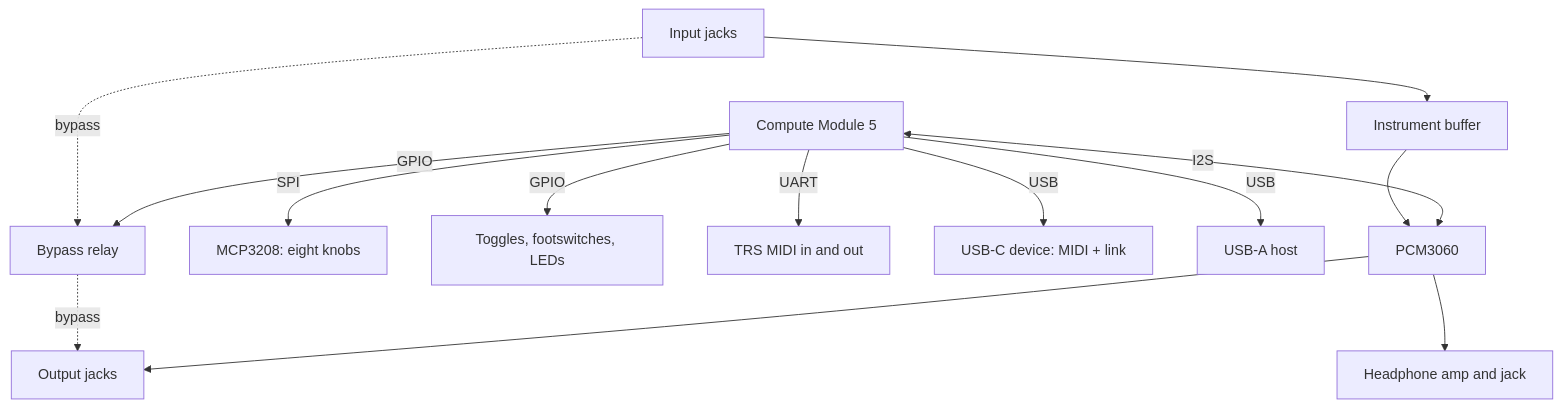
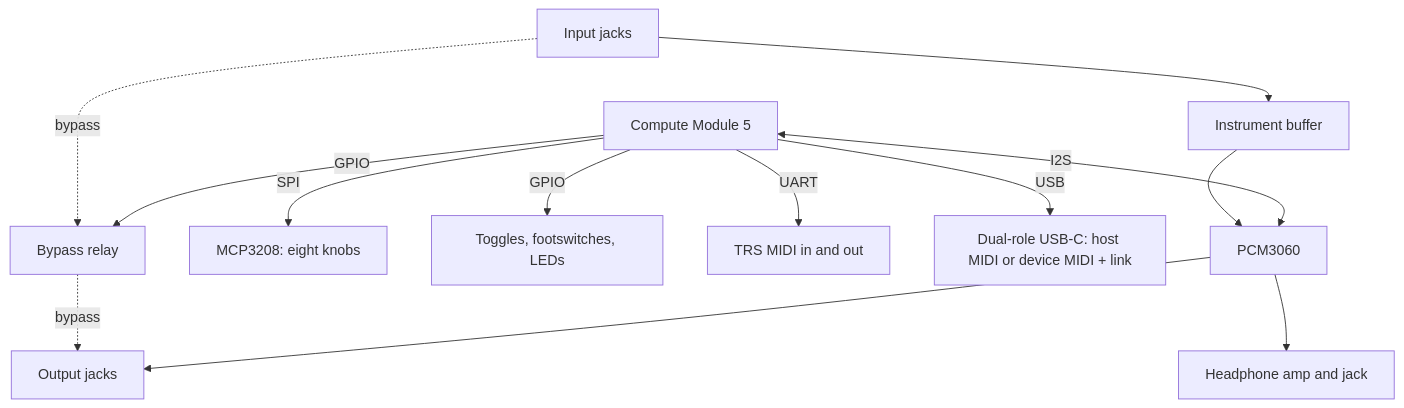
Before and after one commit to Nimblesite/osprey: the diagram in docs/designs/prism-device/README.md, drawn with Mermaid. The commit also changed other lines of this file and 8 other files, not shown here.

````diff
--- a/docs/designs/prism-device/README.md
+++ b/docs/designs/prism-device/README.md
@@ -61,14 +62,13 @@
 ```mermaid
 flowchart TB
   CM[Compute Module 5] <-- I2S --> Codec[PCM3060]
   CM -- SPI --> KADC[MCP3208: eight knobs]
   CM -- GPIO --> SW[Toggles, footswitches, LEDs]
   CM -- UART --> TRS[TRS MIDI in and out]
-  CM -- USB --> UC[USB-C device: MIDI + link]
-  CM -- USB --> UA[USB-A host]
+  CM -- USB --> UC[Dual-role USB-C: host MIDI or device MIDI + link]
   CM -- GPIO --> RL[Bypass relay]
   IN[Input jacks] --> BUF[Instrument buffer] --> Codec
   Codec --> OUT[Output jacks]
   Codec --> HP[Headphone amp and jack]
   IN -. bypass .-> RL -. bypass .-> OUT
 ```
````
